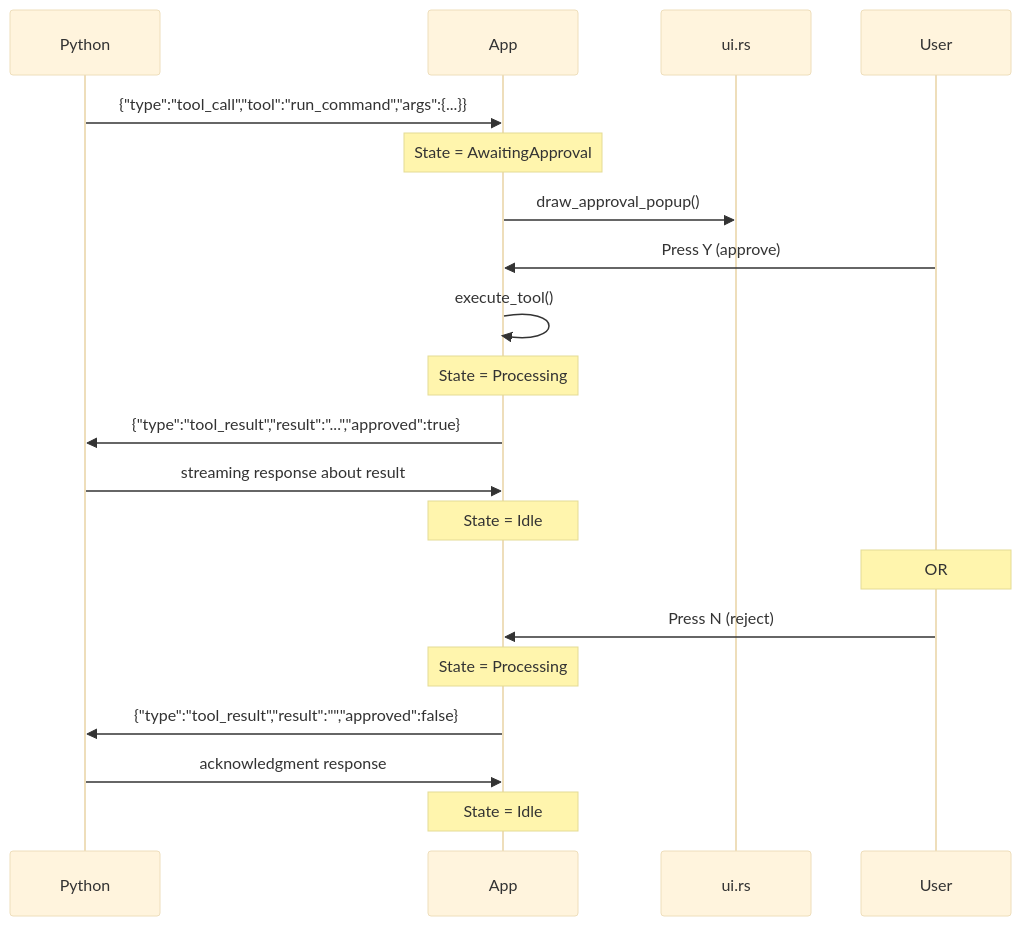
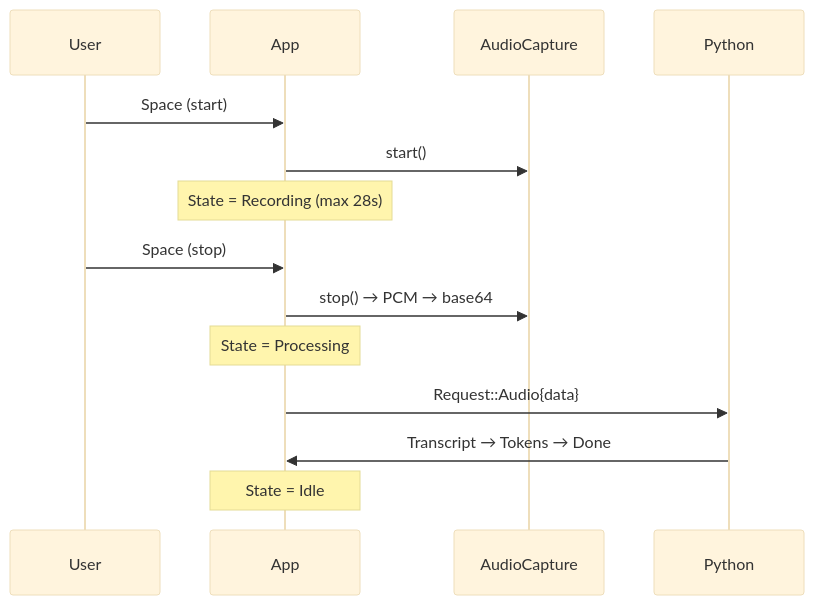
One commit to zixma13/terminator changed the fourth of 5 diagrams in .agents/summary/workflows.md. Above: the diagram before and after it, drawn with Mermaid (base theme). The commit also changed other lines of this file and 9 other files, not shown here.

````diff
--- a/.agents/summary/workflows.md
+++ b/.agents/summary/workflows.md
@@ -79,24 +72,17 @@
 ```mermaid
 sequenceDiagram
+    participant U as User
+    participant App as App
+    participant Mic as AudioCapture
     participant P as Python
-    participant App as App
-    participant UI as ui.rs
-    participant U as User
 
-    P->>App: {"type":"tool_call","tool":"run_command","args":{...}}
-    Note over App: State = AwaitingApproval
-    App->>UI: draw_approval_popup()
-    U->>App: Press Y (approve)
-    App->>App: execute_tool()
+    U->>App: Space (start)
+    App->>Mic: start()
+    Note over App: State = Recording (max 28s)
+    U->>App: Space (stop)
+    App->>Mic: stop() → PCM → base64
     Note over App: State = Processing
-    App->>P: {"type":"tool_result","result":"...","approved":true}
-    P->>App: streaming response about result
-    Note over App: State = Idle
-
-    Note over U: OR
-    U->>App: Press N (reject)
-    Note over App: State = Processing
-    App->>P: {"type":"tool_result","result":"","approved":false}
-    P->>App: acknowledgment response
+    App->>P: Request::Audio{data}
+    P->>App: Transcript → Tokens → Done
     Note over App: State = Idle
 ```
````
